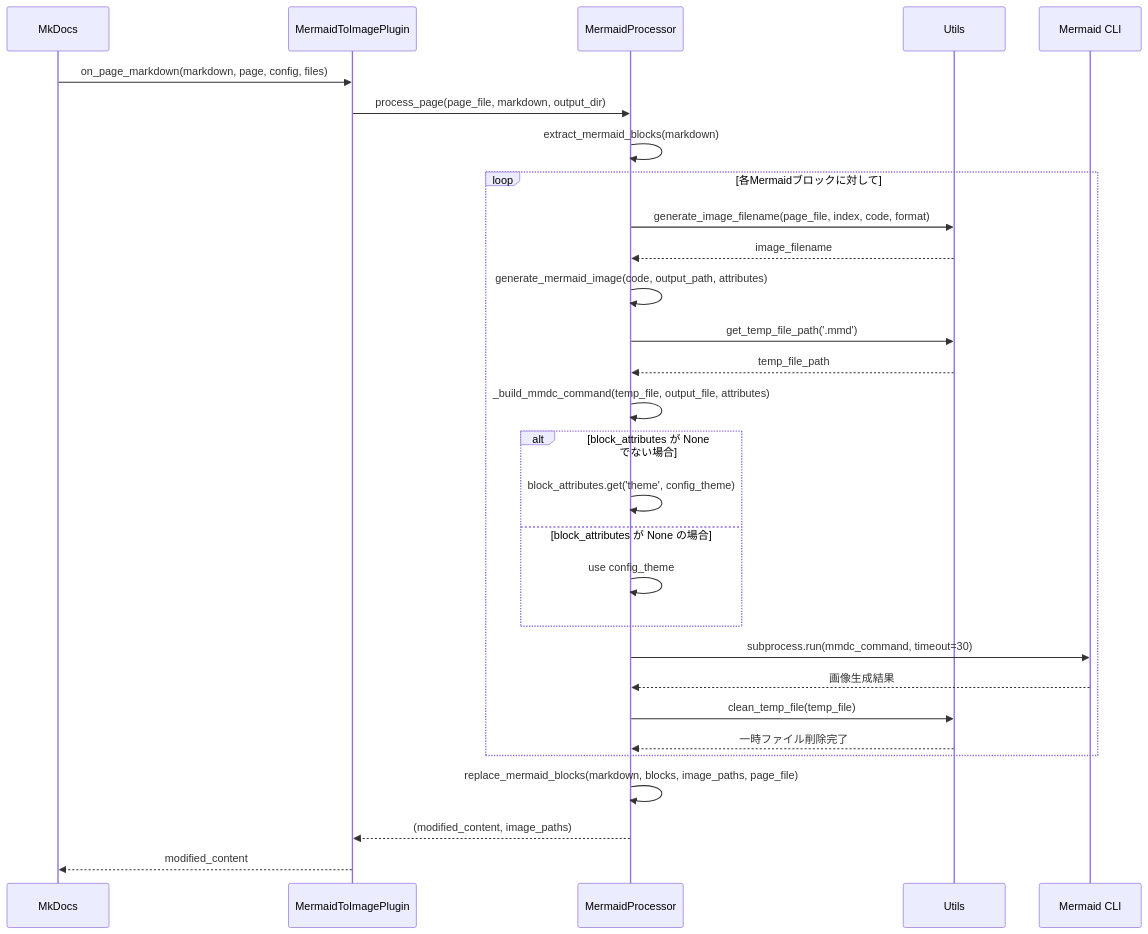
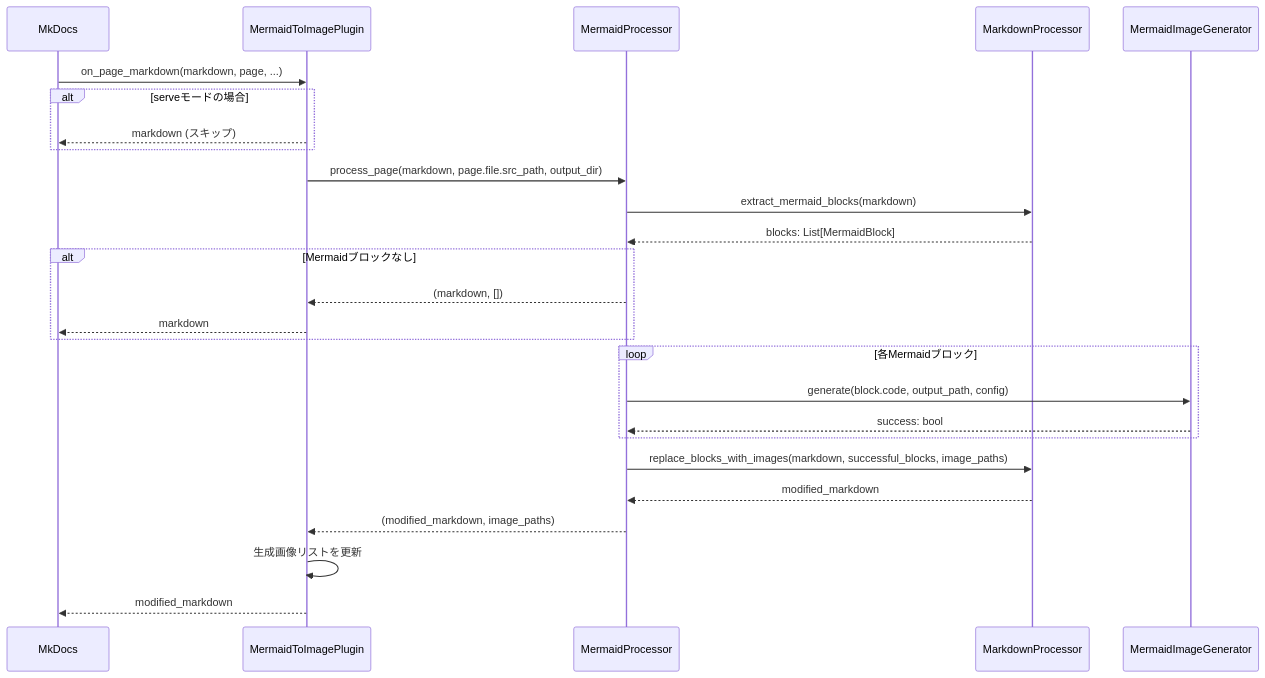
The fourth of 6 diagrams in docs/architecture.md (nuitsjp/mkdocs-mermaid-to-svg), drawn with Mermaid before and after one commit. The commit also changed other lines of this file, not shown here.

Commit message:
docs: architecture.mdを最新のソースコードに合わせて更新

````diff
--- a/docs/architecture.md
+++ b/docs/architecture.md
@@ -181,42 +186,34 @@
 ```mermaid
 sequenceDiagram
     participant MkDocs
     participant Plugin as MermaidToImagePlugin
-    participant Processor as MermaidProcessor
-    participant Utils
-    participant CLI as Mermaid CLI
+    participant Proc as MermaidProcessor
+    participant MdProc as MarkdownProcessor
+    participant ImgGen as MermaidImageGenerator
 
-    MkDocs->>Plugin: on_page_markdown(markdown, page, config, files)
-    Plugin->>Processor: process_page(page_file, markdown, output_dir)
-
-    Processor->>Processor: extract_mermaid_blocks(markdown)
-
-    loop 各Mermaidブロックに対して
-        Processor->>Utils: generate_image_filename(page_file, index, code, format)
-        Utils-->>Processor: image_filename
-
-        Processor->>Processor: generate_mermaid_image(code, output_path, attributes)
-
-        Processor->>Utils: get_temp_file_path('.mmd')
-        Utils-->>Processor: temp_file_path
-
-        Processor->>Processor: _build_mmdc_command(temp_file, output_file, attributes)
-
-        alt block_attributes が None でない場合
-            Processor->>Processor: block_attributes.get('theme', config_theme)
-        else block_attributes が None の場合
-            Processor->>Processor: use config_theme
-        end
-
-        Processor->>CLI: subprocess.run(mmdc_command, timeout=30)
-        CLI-->>Processor: 画像生成結果
-
-        Processor->>Utils: clean_temp_file(temp_file)
-        Utils-->>Processor: 一時ファイル削除完了
+    MkDocs->>Plugin: on_page_markdown(markdown, page, ...)
+    alt serveモードの場合
+        Plugin-->>MkDocs: markdown (スキップ)
     end
 
-    Processor->>Processor: replace_mermaid_blocks(markdown, blocks, image_paths, page_file)
-    Processor-->>Plugin: (modified_content, image_paths)
+    Plugin->>Proc: process_page(markdown, page.file.src_path, output_dir)
+    Proc->>MdProc: extract_mermaid_blocks(markdown)
+    MdProc-->>Proc: blocks: List[MermaidBlock]
 
-    Plugin-->>MkDocs: modified_content
+    alt Mermaidブロックなし
+        Proc-->>Plugin: (markdown, [])
+        Plugin-->>MkDocs: markdown
+    end
+
+    loop 各Mermaidブロック
+        Proc->>ImgGen: generate(block.code, output_path, config)
+        ImgGen-->>Proc: success: bool
+    end
+
+    Proc->>MdProc: replace_blocks_with_images(markdown, successful_blocks, image_paths)
+    MdProc-->>Proc: modified_markdown
+
+    Proc-->>Plugin: (modified_markdown, image_paths)
+    Plugin->>Plugin: 生成画像リストを更新
+    Plugin-->>MkDocs: modified_markdown
 ```
````
